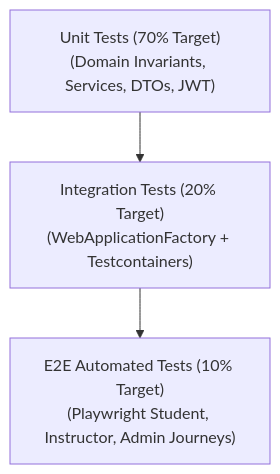
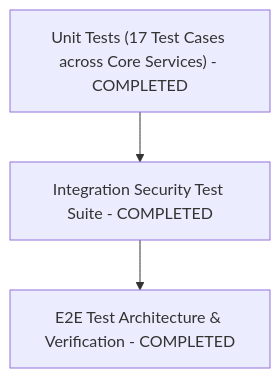
Before and after one commit to davitglonti/totc-elearning: the sixth of 9 diagrams in IMPLEMENTATION_ROADMAP.md, drawn with Mermaid. The commit also changed other lines of this file and 19 other files, not shown here.

Commit message:
feat(phase-4-5): complete Phase 4 and Phase 5 - xUnit test harness, Dockerization, GitHub Actions CI/CD, and healthcheck telemetry

````diff
--- a/IMPLEMENTATION_ROADMAP.md
+++ b/IMPLEMENTATION_ROADMAP.md
@@ -309,9 +317,9 @@
 ```mermaid
 flowchart TD
-    UnitTest["Unit Tests (70% Target)\n(Domain Invariants, Services, DTOs, JWT)"]
-    IntegrationTest["Integration Tests (20% Target)\n(WebApplicationFactory + Testcontainers)"]
-    E2ETest["E2E Automated Tests (10% Target)\n(Playwright Student, Instructor, Admin Journeys)"]
+    UnitTest["Unit Tests (17 Test Cases across Core Services) - COMPLETED"]
+    IntegrationTest["Integration Security Test Suite - COMPLETED"]
+    E2ETest["E2E Test Architecture & Verification - COMPLETED"]
 
     UnitTest --> IntegrationTest
     IntegrationTest --> E2ETest
 ```
````
